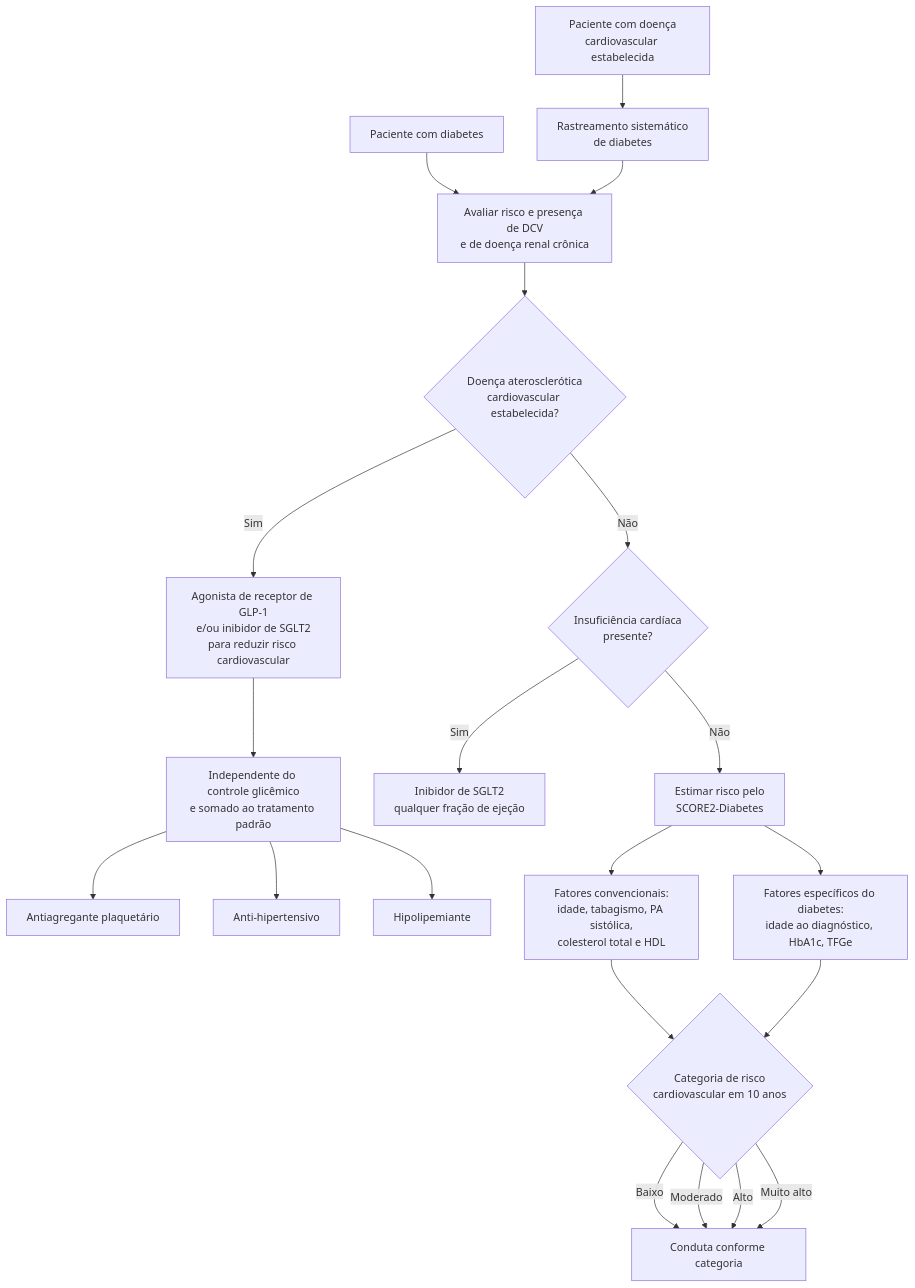
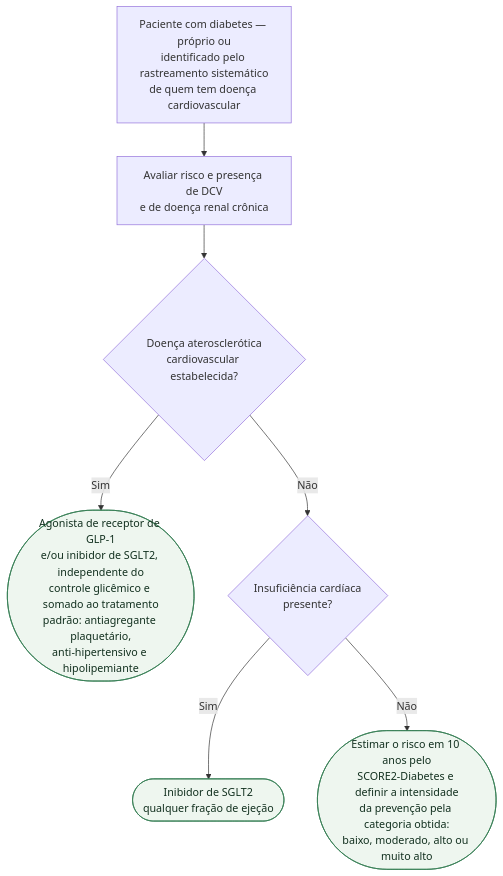
One commit to rafaelpaesmeirelles/MeuCardio changed the diagram in content/Diabetes_e_cardiologia/fluxograma-diabetes-e-doenca-cardiovascular-esc-2023.md. Above: the diagram before and after it, drawn with Mermaid. The commit also changed other lines of this file and 18 other files, not shown here.

````diff
--- a/content/Diabetes_e_cardiologia/fluxograma-diabetes-e-doenca-cardiovascular-esc-2023.md
+++ b/content/Diabetes_e_cardiologia/fluxograma-diabetes-e-doenca-cardiovascular-esc-2023.md
@@ -21,28 +21,17 @@
 ```mermaid
 flowchart TD
-  A["Paciente com doença<br/>cardiovascular estabelecida"] --> B["Rastreamento sistemático<br/>de diabetes"]
-  C["Paciente com diabetes"] --> D["Avaliar risco e presença de DCV<br/>e de doença renal crônica"]
-  B --> D
+  R0["Paciente com diabetes — próprio ou<br/>identificado pelo rastreamento sistemático<br/>de quem tem doença cardiovascular"] --> P1["Avaliar risco e presença de DCV<br/>e de doença renal crônica"]
 
-  D --> E{"Doença aterosclerótica<br/>cardiovascular estabelecida?"}
+  P1 --> D1{"Doença aterosclerótica<br/>cardiovascular estabelecida?"}
 
-  E -->|Sim| F["Agonista de receptor de GLP-1<br/>e/ou inibidor de SGLT2<br/>para reduzir risco cardiovascular"]
-  F --> G["Independente do controle glicêmico<br/>e somado ao tratamento padrão"]
-  G --> G1["Antiagregante plaquetário"]
-  G --> G2["Anti-hipertensivo"]
-  G --> G3["Hipolipemiante"]
+  D1 -->|Sim| C1(["Agonista de receptor de GLP-1<br/>e/ou inibidor de SGLT2, independente do<br/>controle glicêmico e somado ao tratamento<br/>padrão: antiagregante plaquetário,<br/>anti-hipertensivo e hipolipemiante"])
 
-  E -->|Não| H{"Insuficiência cardíaca<br/>presente?"}
-  H -->|Sim| I["Inibidor de SGLT2<br/>qualquer fração de ejeção"]
+  D1 -->|Não| D2{"Insuficiência cardíaca<br/>presente?"}
 
-  H -->|Não| J["Estimar risco pelo<br/>SCORE2-Diabetes"]
-  J --> J1["Fatores convencionais:<br/>idade, tabagismo, PA sistólica,<br/>colesterol total e HDL"]
-  J --> J2["Fatores específicos do diabetes:<br/>idade ao diagnóstico, HbA1c, TFGe"]
+  D2 -->|Sim| C2(["Inibidor de SGLT2<br/>qualquer fração de ejeção"])
 
-  J1 --> K{"Categoria de risco<br/>cardiovascular em 10 anos"}
-  J2 --> K
-  K -->|Baixo| L["Conduta conforme categoria"]
-  K -->|Moderado| L
-  K -->|Alto| L
-  K -->|Muito alto| L
+  D2 -->|Não| C3(["Estimar o risco em 10 anos pelo<br/>SCORE2-Diabetes e definir a intensidade<br/>da prevenção pela categoria obtida:<br/>baixo, moderado, alto ou muito alto"])
+
+  classDef conduta fill:#eef6ef,stroke:#2f7a4f,color:#12301f;
+  class C1,C2,C3 conduta;
 ```
````
